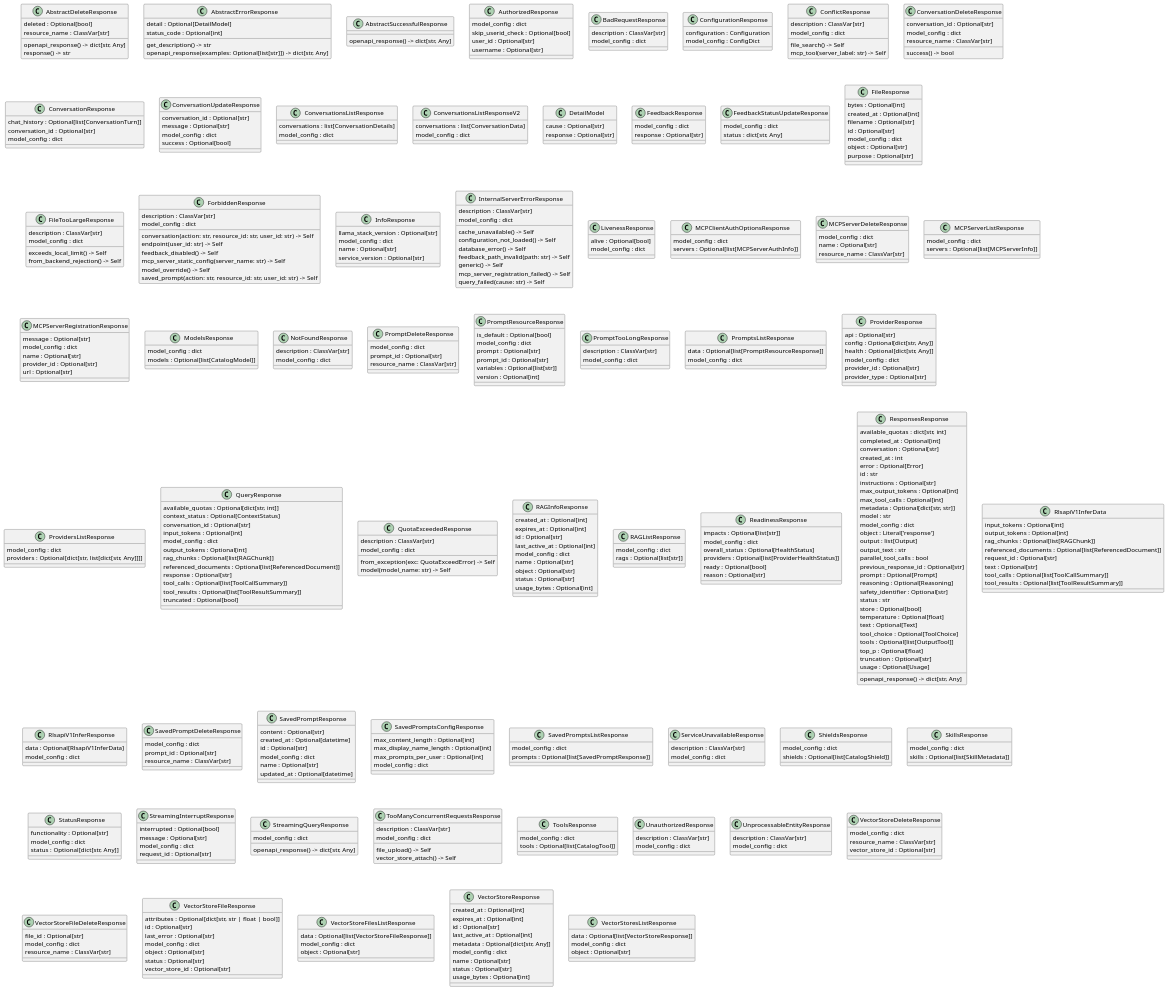
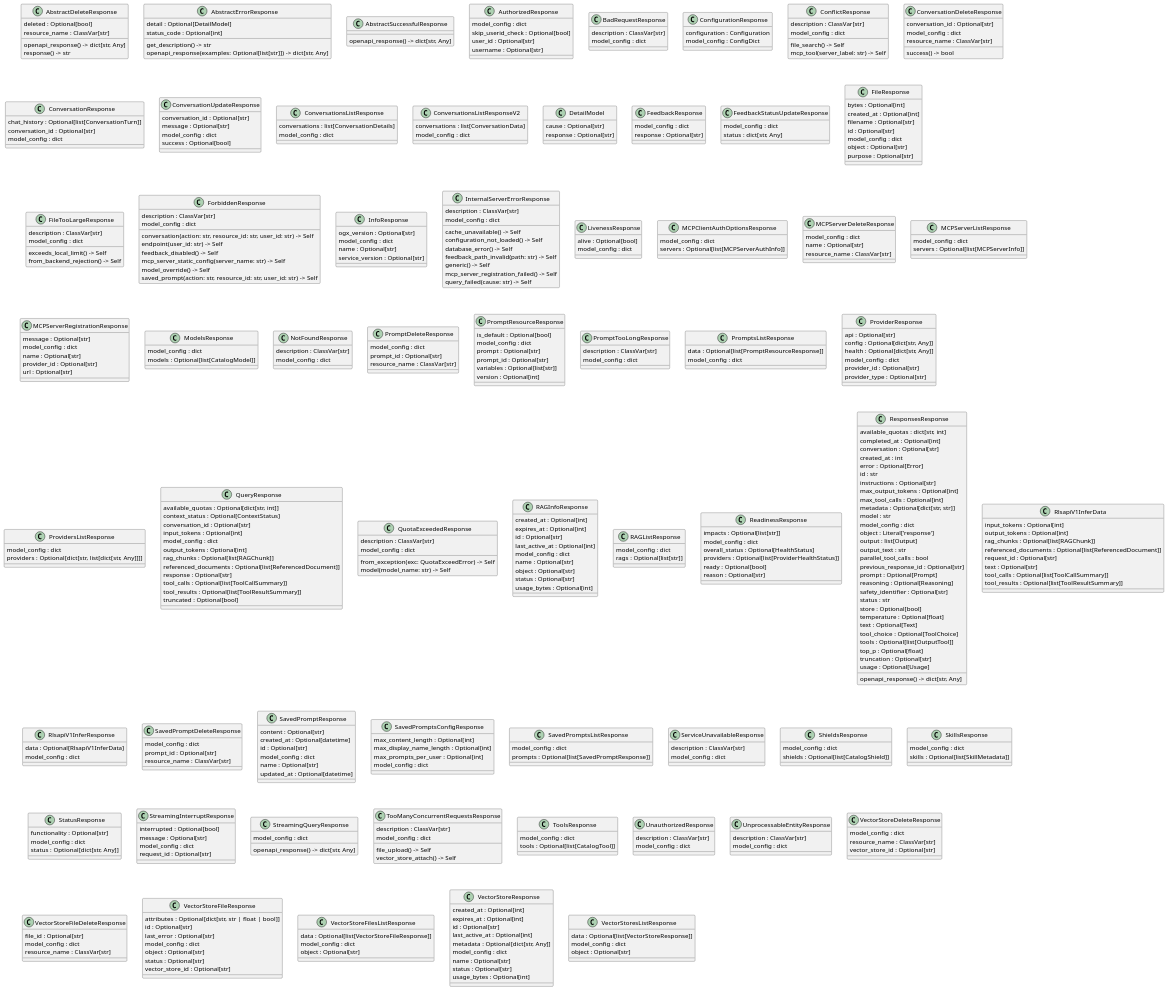
The diagram in docs/models/responses.puml (radofuchs/lightspeed-stack), drawn with PlantUML before and after one commit. The commit also changed 13 other files, not shown here.

Commit message:
rename llama_stack_version to ogx_version in info API

```diff
--- a/docs/models/responses.puml
+++ b/docs/models/responses.puml
@@ -98,7 +98,7 @@
   saved_prompt(action: str, resource_id: str, user_id: str) -> Self
 }
 class "InfoResponse" as src.models.api.responses.successful.probes.InfoResponse {
-  llama_stack_version : Optional[str]
+  ogx_version : Optional[str]
   model_config : dict
   name : Optional[str]
   service_version : Optional[str]
```
